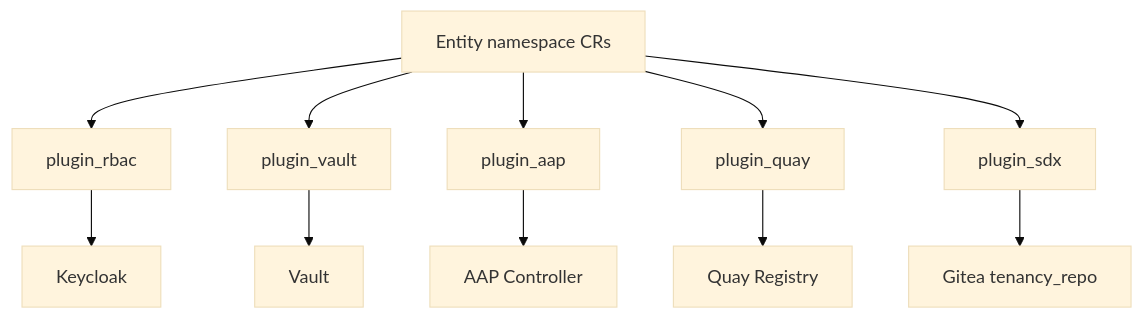
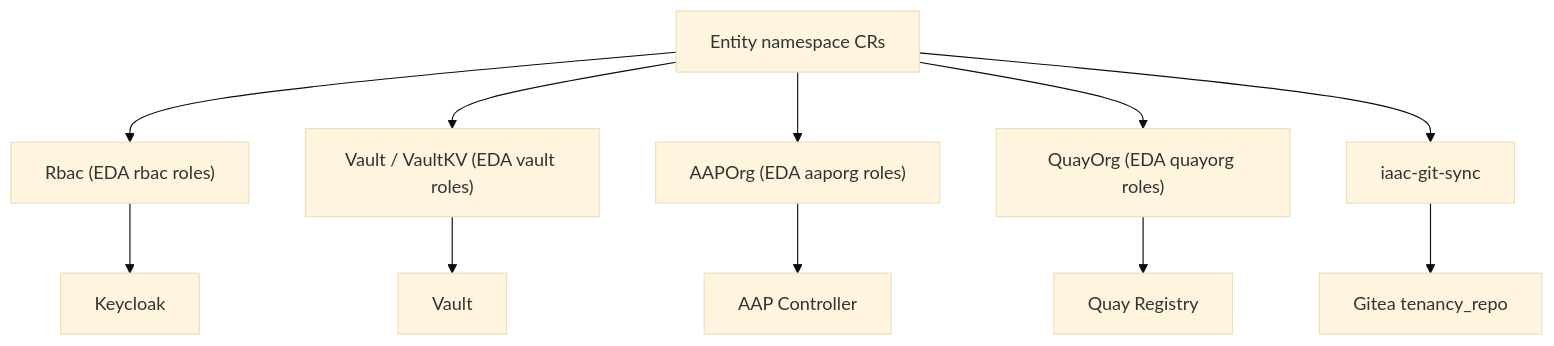
The fifth of 5 diagrams in architecture/docs/concepts/10-component-interaction-map.md (marbindrakon/hybridcloud), drawn with Mermaid (base theme) before and after one commit. The commit also changed other lines of this file and 6 other files, not shown here.

````diff
--- a/architecture/docs/concepts/10-component-interaction-map.md
+++ b/architecture/docs/concepts/10-component-interaction-map.md
@@ -147,25 +148,25 @@
 ```mermaid
 flowchart TD
     NS["Entity namespace CRs"]
-    RBAC["plugin_rbac"]
-    VaultP["plugin_vault"]
-    AAP["plugin_aap"]
-    Quay["plugin_quay"]
-    SDX["plugin_sdx"]
+    RBAC["Rbac (EDA rbac roles)"]
+    VaultP["Vault / VaultKV (EDA vault roles)"]
+    AAP["AAPOrg (EDA aaporg roles)"]
+    Quay["QuayOrg (EDA quayorg roles)"]
+    SDX["iaac-git-sync"]
     KC["Keycloak"]
     Vault["Vault"]
     AAPCtrl["AAP Controller"]
     QuaySvc["Quay Registry"]
     Gitea["Gitea tenancy_repo"]
 
     NS --> RBAC
     NS --> VaultP
     NS --> AAP
     NS --> Quay
     NS --> SDX
     RBAC --> KC
     VaultP --> Vault
     AAP --> AAPCtrl
     Quay --> QuaySvc
     SDX --> Gitea
 ```
````
